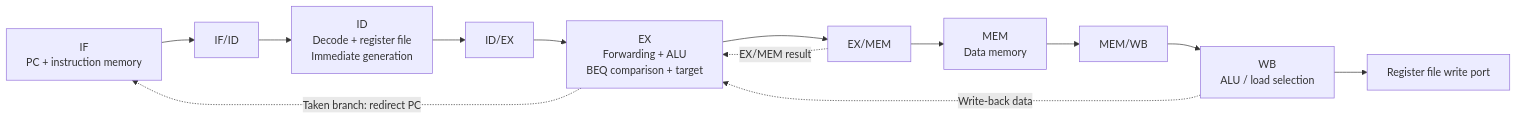
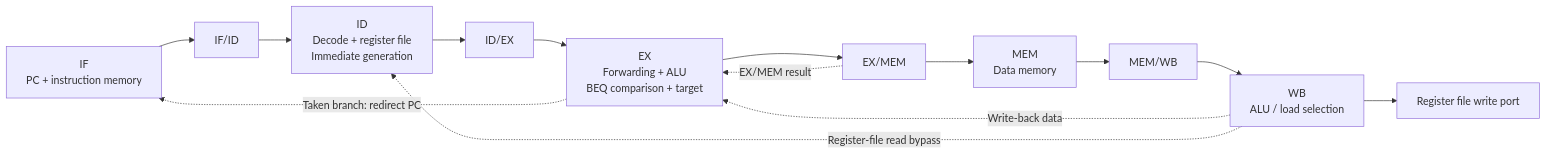
Before and after one commit to BrianPYXU/riscv-5stage-cpu: the diagram in README.md, drawn with Mermaid. The commit also changed other lines of this file and 3 other files, not shown here.

````diff
--- a/README.md
+++ b/README.md
@@ -27,15 +28,16 @@
 ```mermaid
 flowchart LR
     IF["IF<br/>PC + instruction memory"] --> IFID["IF/ID"]
     IFID --> ID["ID<br/>Decode + register file<br/>Immediate generation"]
     ID --> IDEX["ID/EX"]
     IDEX --> EX["EX<br/>Forwarding + ALU<br/>BEQ comparison + target"]
     EX --> EXMEM["EX/MEM"]
     EXMEM --> MEM["MEM<br/>Data memory"]
     MEM --> MEMWB["MEM/WB"]
     MEMWB --> WB["WB<br/>ALU / load selection"]
     WB --> RF["Register file write port"]
     EXMEM -. "EX/MEM result" .-> EX
     WB -. "Write-back data" .-> EX
+    WB -. "Register-file read bypass" .-> ID
     EX -. "Taken branch: redirect PC" .-> IF
 ```
````
